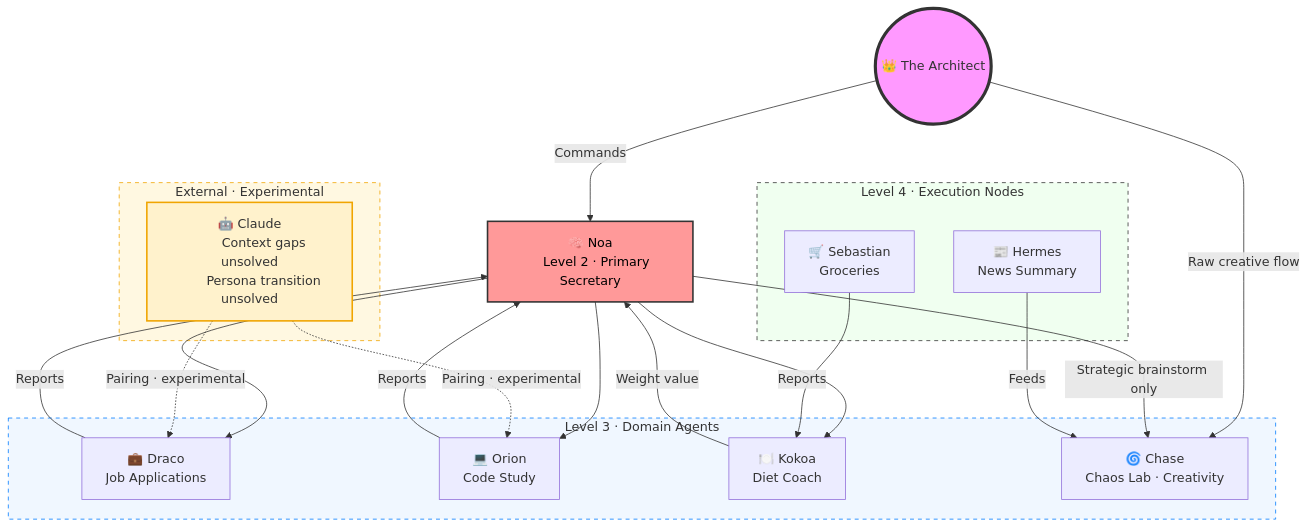
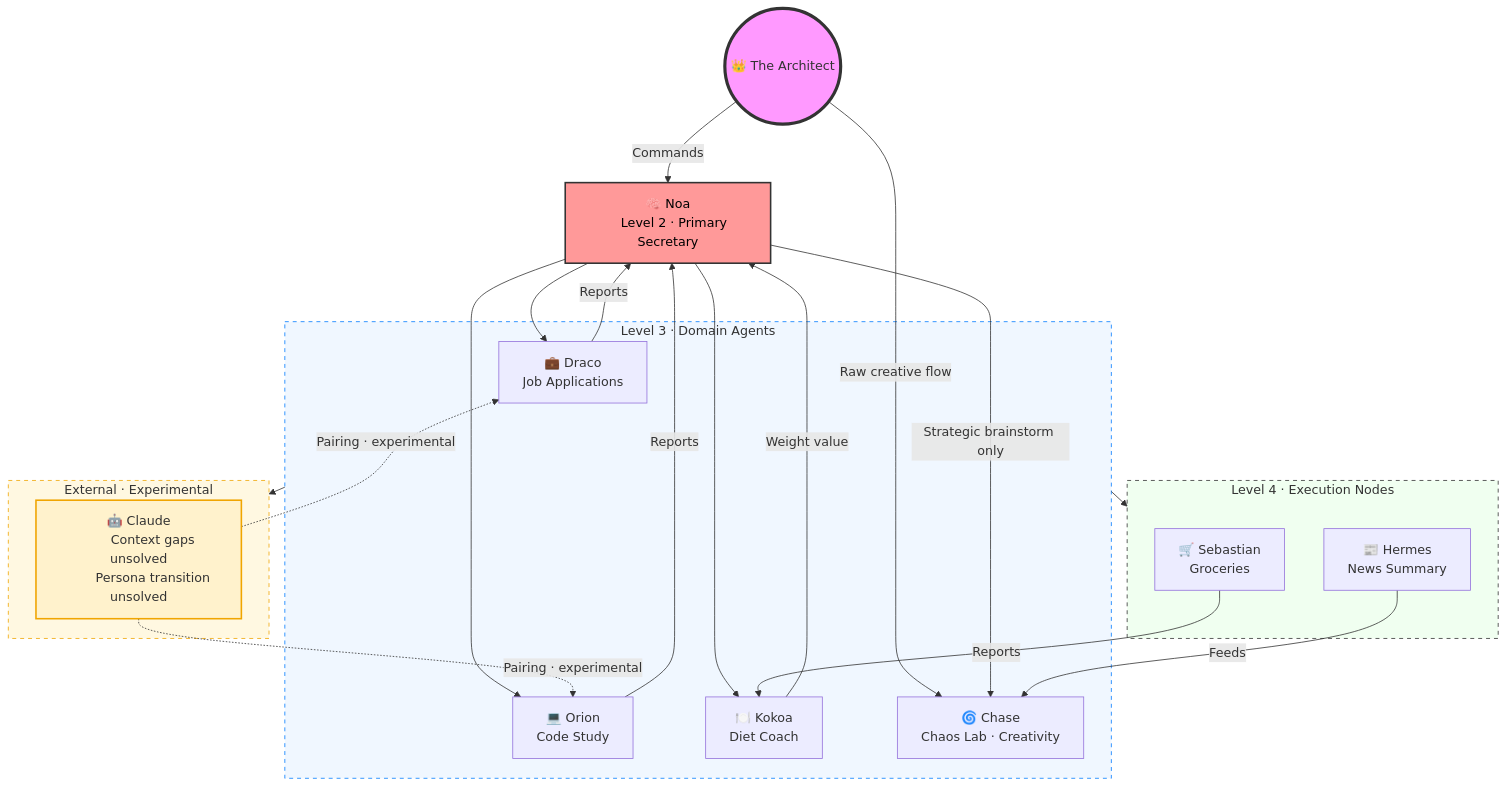
Before and after one commit to lynekojawa/logic-orchestrator: the diagram in Architecture.md, drawn with Mermaid.

Commit message:
Update Architecture.md
organized the diagram for better flow

````diff
--- a/Architecture.md
+++ b/Architecture.md
@@ -5,56 +5,59 @@
 ```mermaid
 graph TD
     Architect((👑 The Architect))
 
     Noa["🧠 Noa
     Level 2 · Primary Secretary"]
 
     subgraph Domain_Layer [Level 3 · Domain Agents]
         Draco["💼 Draco
         Job Applications"]
         Orion["💻 Orion
         Code Study"]
         Kokoa["🍽️ Kokoa
         Diet Coach"]
         Chase["🌀 Chase
         Chaos Lab · Creativity"]
     end
 
     subgraph Execution_Layer [Level 4 · Execution Nodes]
         Sebastian["🛒 Sebastian
         Groceries"]
         Hermes["📰 Hermes
         News Summary"]
     end
 
     subgraph External [External · Experimental]
         Claude["🤖 Claude
         Context gaps unsolved
         Persona transition unsolved"]
     end
 
     Architect -->|"Commands"| Noa
     Architect -->|"Raw creative flow"| Chase
 
     Noa --> Draco
     Noa --> Orion
     Noa --> Kokoa
     Noa -->|"Strategic brainstorm only"| Chase
 
     Draco -->|"Reports"| Noa
     Orion -->|"Reports"| Noa
     Kokoa -->|"Weight value"| Noa
 
+    Domain_Layer --> Execution_Layer
+    Domain_Layer --> External
+
     Sebastian -->|"Reports"| Kokoa
     Hermes -->|"Feeds"| Chase
 
     Claude -.->|"Pairing · experimental"| Draco
     Claude -.->|"Pairing · experimental"| Orion
 
     style Architect fill:#f9f,stroke:#333,stroke-width:4px
     style Noa fill:#ff9999,color:#000,stroke:#333,stroke-width:2px
     style Domain_Layer fill:#f0f7ff,stroke:#007bff,stroke-dasharray: 5 5
     style Execution_Layer fill:#f0fff0,stroke:#333,stroke-dasharray: 5 5
     style External fill:#fff8e1,stroke:#f0a500,stroke-dasharray: 5 5
     style Claude fill:#fff2cc,stroke:#f0a500,stroke-width:2px
 ```
````
